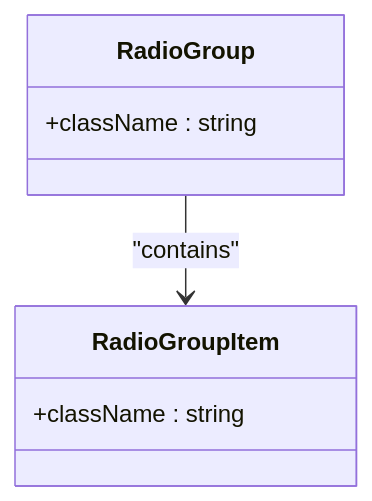
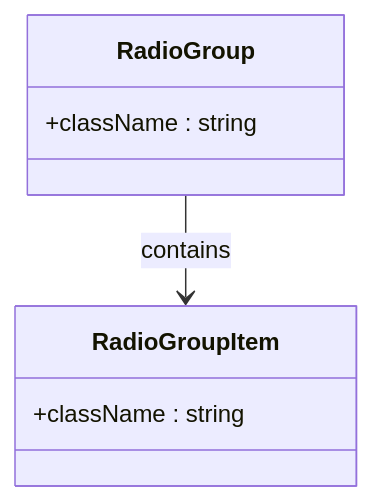
Before and after one commit to mohjak/sc-dof: the second of 5 diagrams in .qoder/repowiki/en/content/Component Reference/UI Component Library/Input Components.md, drawn with Mermaid. The commit also changed other lines of this file and 68 other files, not shown here.

First line of the commit message:
docs(docs): update component architecture docs with markdown formatting fixes

````diff
--- a/.qoder/repowiki/en/content/Component Reference/UI Component Library/Input Components.md
+++ b/.qoder/repowiki/en/content/Component Reference/UI Component Library/Input Components.md
@@ -90,10 +88,10 @@
 ```mermaid
 classDiagram
 class RadioGroup {
 +className : string
 }
 class RadioGroupItem {
 +className : string
 }
-RadioGroup --> RadioGroupItem : "contains"
+RadioGroup --> RadioGroupItem : contains
 ```
````
